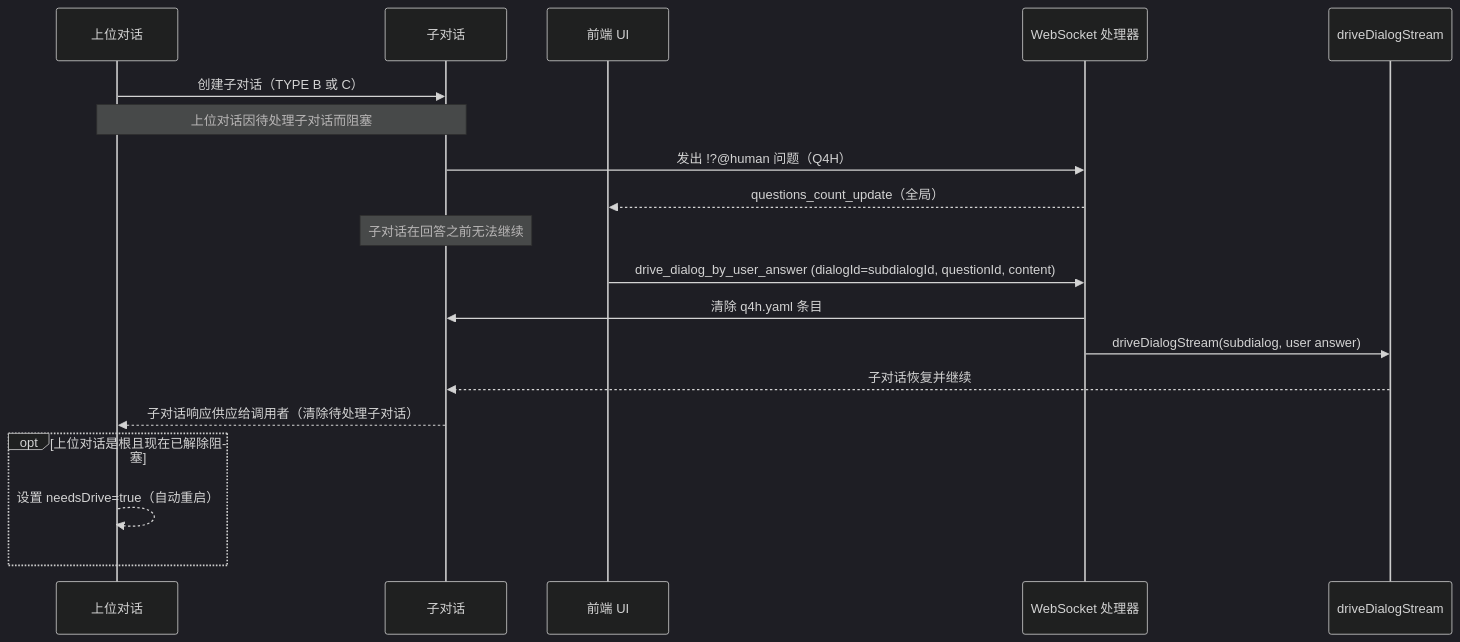
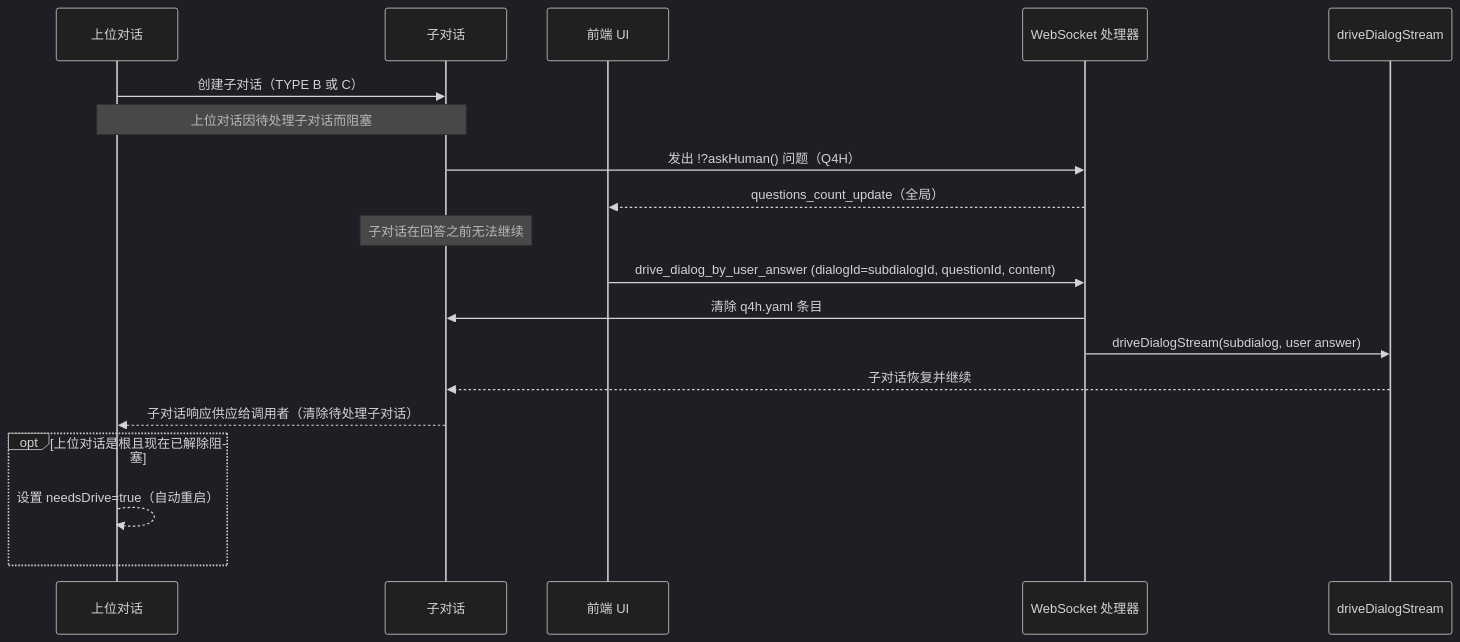
One commit to longrun-ai/dominds changed diagram 14 of 18 in docs/dialog-system.zh.md. Above: the diagram before and after it, drawn with Mermaid (dark theme). The commit also changed other lines of this file and 21 other files, not shown here.

````diff
--- a/docs/dialog-system.zh.md
+++ b/docs/dialog-system.zh.md
@@ -1153,25 +1153,25 @@
 ```mermaid
 sequenceDiagram
   participant Sup as 上位对话
   participant Sub as 子对话
   participant UI as 前端 UI
   participant WS as WebSocket 处理器
   participant Driver as driveDialogStream
 
   Sup->>Sub: 创建子对话（TYPE B 或 C）
   Note over Sup,Sub: 上位对话因待处理子对话而阻塞
-  Sub->>WS: 发出 !?@human 问题（Q4H）
+  Sub->>WS: 发出 !?askHuman() 问题（Q4H）
   WS-->>UI: questions_count_update（全局）
 
   Note over Sub: 子对话在回答之前无法继续
 
   UI->>WS: drive_dialog_by_user_answer (dialogId=subdialogId, questionId, content)
   WS->>Sub: 清除 q4h.yaml 条目
   WS->>Driver: driveDialogStream(subdialog, user answer)
   Driver-->>Sub: 子对话恢复并继续
   Sub-->>Sup: 子对话响应供应给调用者（清除待处理子对话）
 
   opt 上位对话是根且现在已解除阻塞
     Sup-->>Sup: 设置 needsDrive=true（自动重启）
   end
 ```
````
